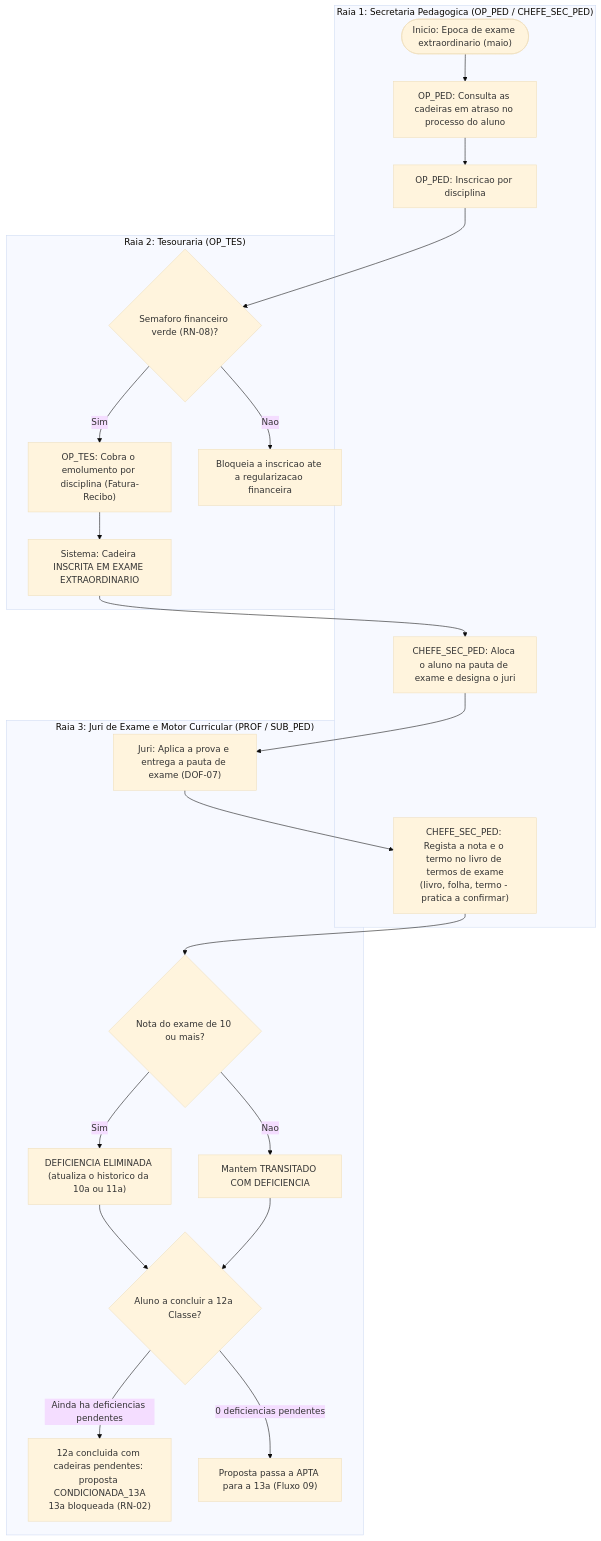
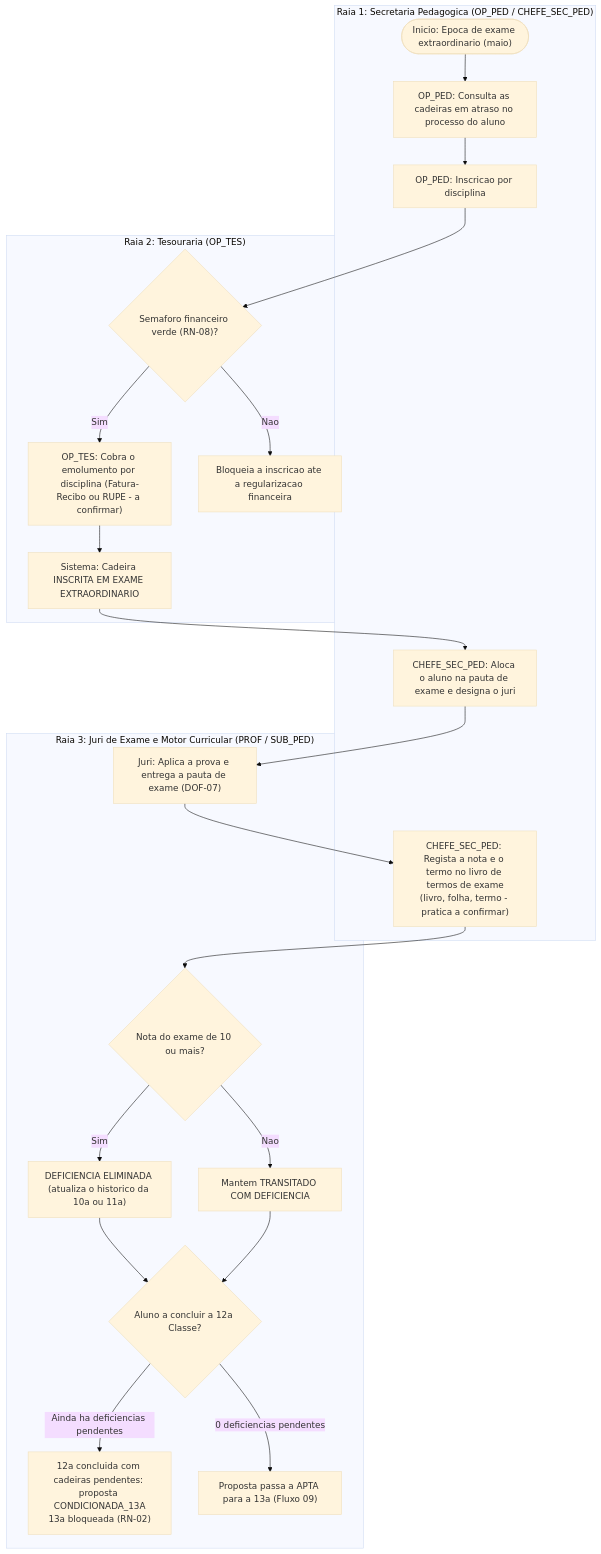
One commit to Angeloaqp/sge-ipcag-12008 changed the fifth of 18 diagrams in 01 - Projetos/SGE - IPCAG 12008 BGO/10 - Especificacao/02 - Fluxos de Trabalho.md. Above: the diagram before and after it, drawn with Mermaid (base theme). The commit also changed other lines of this file and 3 other files, not shown here.

````diff
--- a/01 - Projetos/SGE - IPCAG 12008 BGO/10 - Especificacao/02 - Fluxos de Trabalho.md
+++ b/01 - Projetos/SGE - IPCAG 12008 BGO/10 - Especificacao/02 - Fluxos de Trabalho.md
@@ -537,40 +537,40 @@
 ```mermaid
 flowchart TD
     subgraph RaiaSecPed5 ["Raia 1: Secretaria Pedagogica (OP_PED / CHEFE_SEC_PED)"]
         E1(["Inicio: Epoca de exame extraordinario (maio)"]) --> E2["OP_PED: Consulta as cadeiras em atraso no processo do aluno"]
         E2 --> E3["OP_PED: Inscricao por disciplina"]
         E7["CHEFE_SEC_PED: Aloca o aluno na pauta de exame e designa o juri"]
         E9["CHEFE_SEC_PED: Regista a nota e o termo no livro de termos de exame<br>(livro, folha, termo - pratica a confirmar)"]
     end
 
     subgraph RaiaTesouraria5 ["Raia 2: Tesouraria (OP_TES)"]
         E4{"Semaforo financeiro verde (RN-08)?"}
-        E5["OP_TES: Cobra o emolumento por disciplina (Fatura-Recibo)"]
+        E5["OP_TES: Cobra o emolumento por disciplina (Fatura-Recibo ou RUPE - a confirmar)"]
         E6["Sistema: Cadeira INSCRITA EM EXAME EXTRAORDINARIO"]
         E_BLOQ["Bloqueia a inscricao ate a regularizacao financeira"]
     end
 
     subgraph RaiaJuriDelib ["Raia 3: Juri de Exame e Motor Curricular (PROF / SUB_PED)"]
         E8["Juri: Aplica a prova e entrega a pauta de exame (DOF-07)"]
         E10{"Nota do exame de 10 ou mais?"}
         E11["DEFICIENCIA ELIMINADA (atualiza o historico da 10a ou 11a)"]
         E12["Mantem TRANSITADO COM DEFICIENCIA"]
         E13{"Aluno a concluir a 12a Classe?"}
         E14["12a concluida com cadeiras pendentes: proposta CONDICIONADA_13A<br>13a bloqueada (RN-02)"]
         E15["Proposta passa a APTA para a 13a (Fluxo 09)"]
     end
 
     E3 --> E4
     E4 -->|"Nao"| E_BLOQ
     E4 -->|"Sim"| E5
     E5 --> E6
     E6 --> E7
     E7 --> E8
     E8 --> E9
     E9 --> E10
     E10 -->|"Sim"| E11
     E10 -->|"Nao"| E12
     E11 & E12 --> E13
     E13 -->|"Ainda ha deficiencias pendentes"| E14
     E13 -->|"0 deficiencias pendentes"| E15
 ```
````
